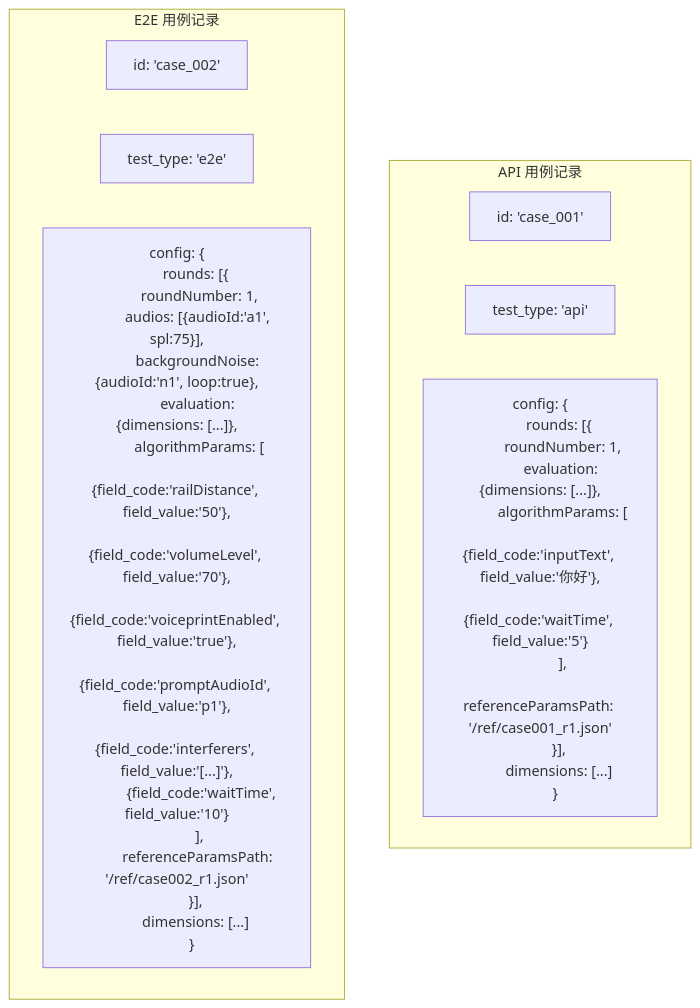
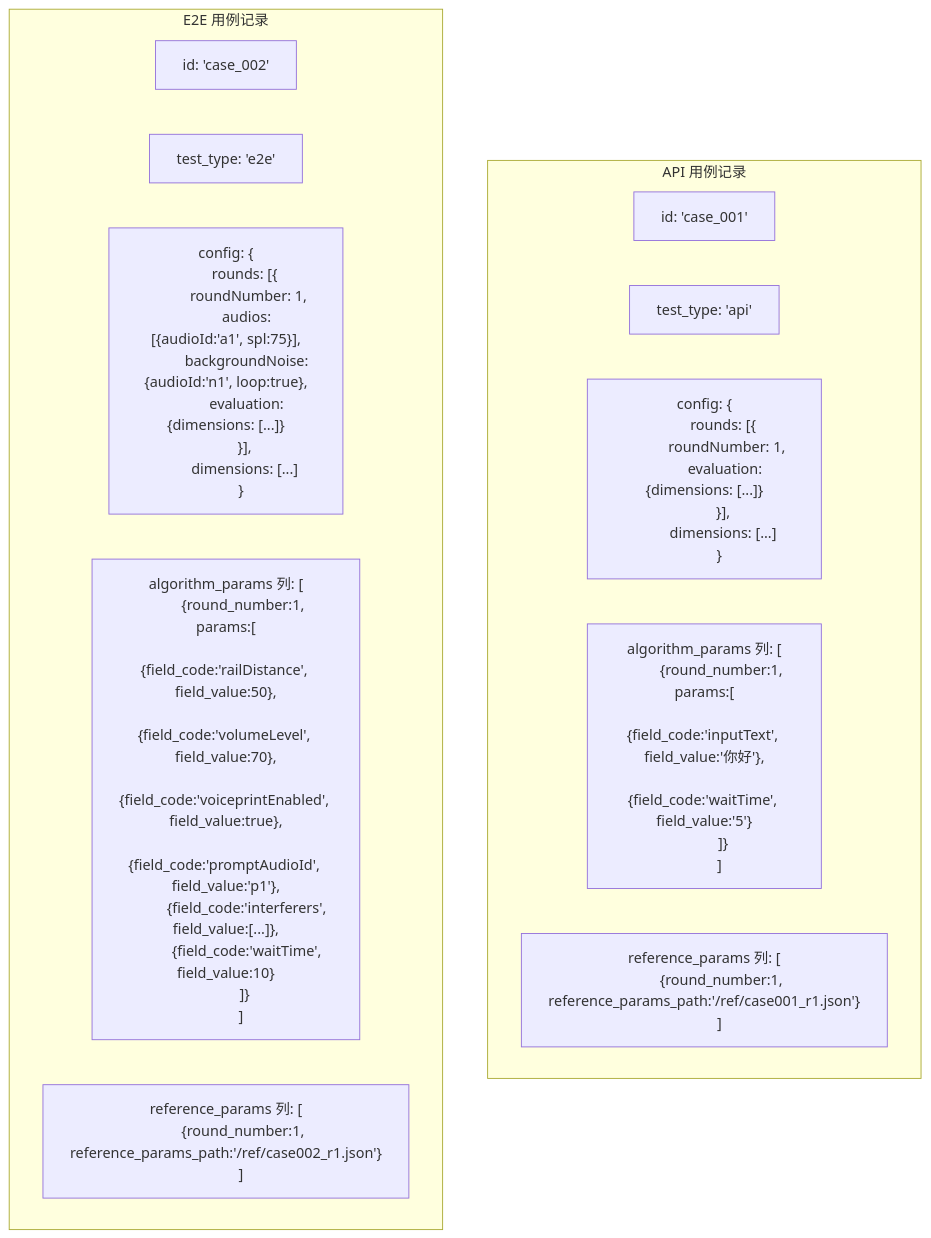
One commit to ydz-auto/intelligent_audio_test changed the second of 2 diagrams in Intelligent-Audio-TEST/doc/voice_llm/02_选用例/00_步骤总览.md. Above: the diagram before and after it, drawn with Mermaid. The commit also changed other lines of this file and 32 other files, not shown here.

First line of the commit message:
feat(audio): 文件夹视图批量勾选 + file_path 斜杠规范化 + 执行引擎重构

````diff
--- a/Intelligent-Audio-TEST/doc/voice_llm/02_选用例/00_步骤总览.md
+++ b/Intelligent-Audio-TEST/doc/voice_llm/02_选用例/00_步骤总览.md
@@ -216,42 +238,50 @@
 ```mermaid
 graph TD
     subgraph API 用例记录
         A1[id: 'case_001']
         A2[test_type: 'api']
         A4["config: {
           rounds: [{
             roundNumber: 1,
-            evaluation: {dimensions: [...]},
-            algorithmParams: [
-              {field_code:'inputText', field_value:'你好'},
-              {field_code:'waitTime', field_value:'5'}
-            ],
-            referenceParamsPath: '/ref/case001_r1.json'
+            evaluation: {dimensions: [...]}
           }],
           dimensions: [...]
         }"]
+        A5["algorithm_params 列: [
+          {round_number:1, params:[
+            {field_code:'inputText', field_value:'你好'},
+            {field_code:'waitTime', field_value:'5'}
+          ]}
+        ]"]
+        A6["reference_params 列: [
+          {round_number:1, reference_params_path:'/ref/case001_r1.json'}
+        ]"]
     end
 
     subgraph E2E 用例记录
         B1[id: 'case_002']
         B2[test_type: 'e2e']
         B4["config: {
           rounds: [{
             roundNumber: 1,
             audios: [{audioId:'a1', spl:75}],
             backgroundNoise: {audioId:'n1', loop:true},
-            evaluation: {dimensions: [...]},
-            algorithmParams: [
-              {field_code:'railDistance', field_value:'50'},
-              {field_code:'volumeLevel', field_value:'70'},
-              {field_code:'voiceprintEnabled', field_value:'true'},
-              {field_code:'promptAudioId', field_value:'p1'},
-              {field_code:'interferers', field_value:'[...]'},
-              {field_code:'waitTime', field_value:'10'}
-            ],
-            referenceParamsPath: '/ref/case002_r1.json'
+            evaluation: {dimensions: [...]}
           }],
           dimensions: [...]
         }"]
+        B5["algorithm_params 列: [
+          {round_number:1, params:[
+            {field_code:'railDistance', field_value:50},
+            {field_code:'volumeLevel', field_value:70},
+            {field_code:'voiceprintEnabled', field_value:true},
+            {field_code:'promptAudioId', field_value:'p1'},
+            {field_code:'interferers', field_value:[...]},
+            {field_code:'waitTime', field_value:10}
+          ]}
+        ]"]
+        B6["reference_params 列: [
+          {round_number:1, reference_params_path:'/ref/case002_r1.json'}
+        ]"]
     end
 ```
````
